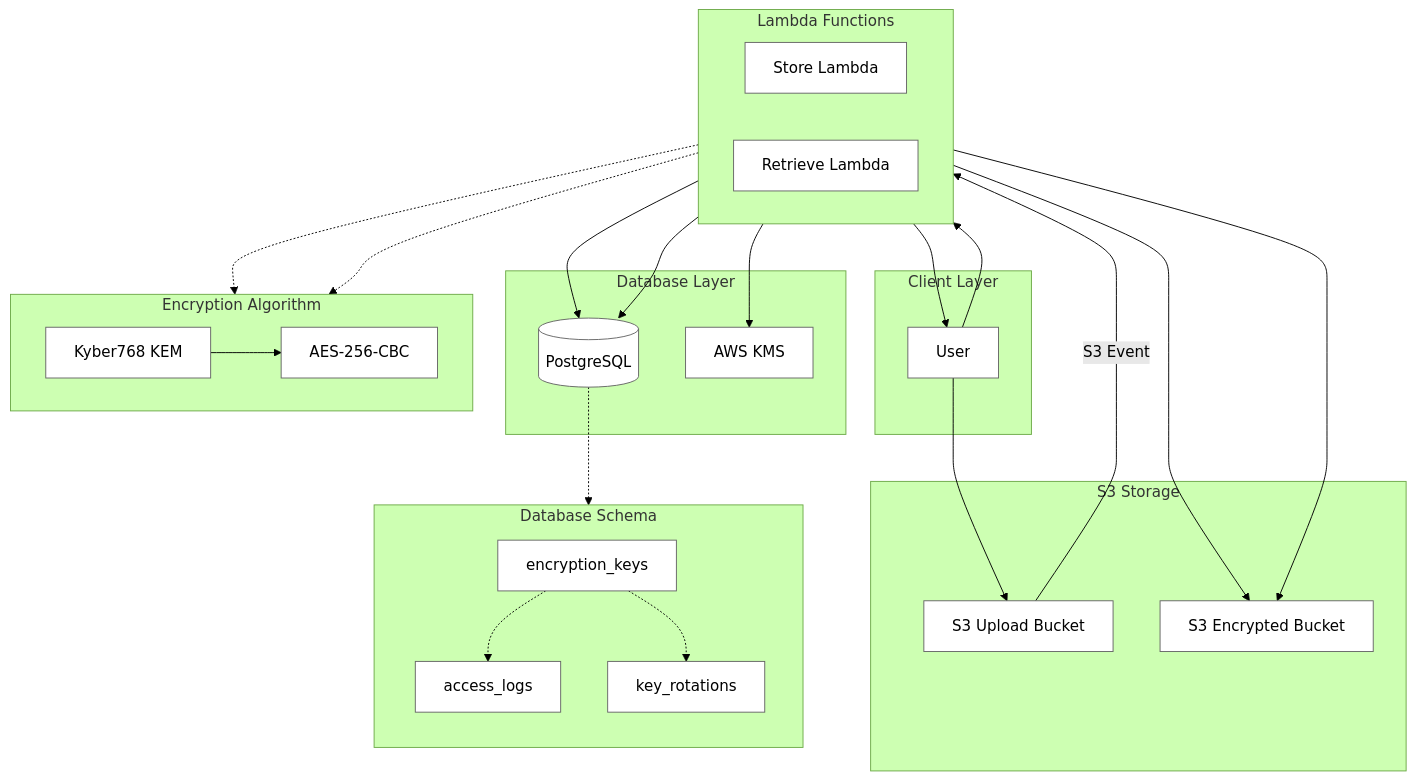
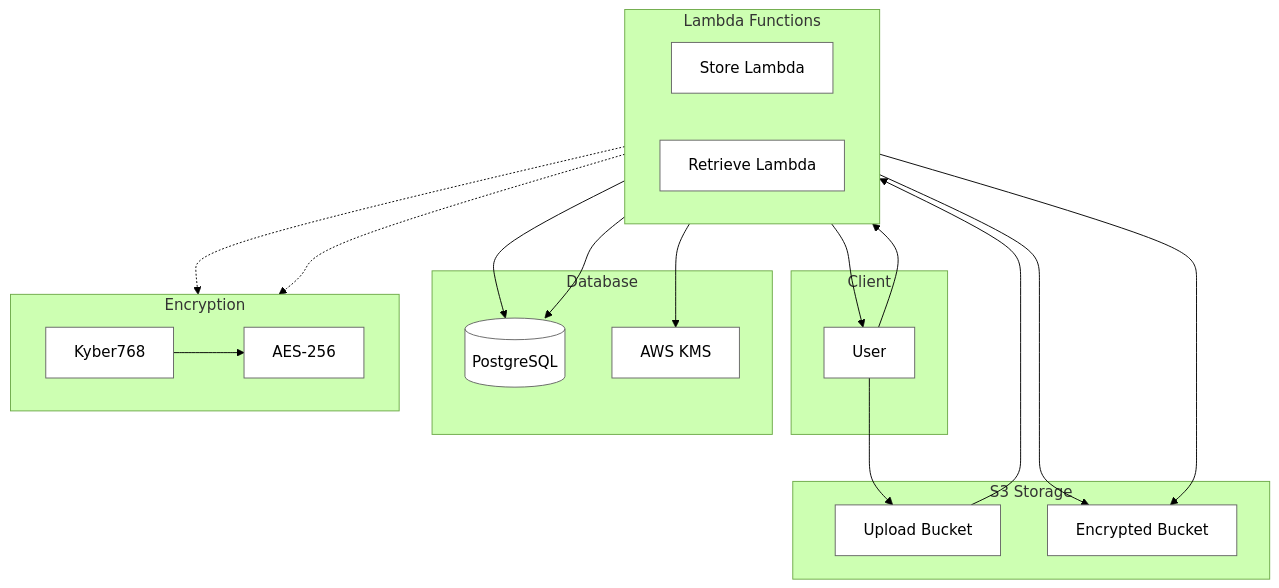
The diagram in README.md (m1rl0k/pqfile), drawn with Mermaid (forest theme) before and after one commit.

````diff
--- a/README.md
+++ b/README.md
@@ -17,67 +17,37 @@
 ```mermaid
 flowchart TB
-    subgraph Client["Client Layer"]
-        User[User]
-    end
-
-    subgraph Storage["S3 Storage"]
-        S3Upload[S3 Upload Bucket]
-        S3Encrypted[S3 Encrypted Bucket]
-    end
-
-    subgraph Processing["Lambda Functions"]
-        direction LR
-        StoreLambda[Store Lambda]
-        RetrieveLambda[Retrieve Lambda]
-    end
-
-    subgraph Database["Database Layer"]
-        PostgreSQL[(PostgreSQL)]
-        KMS[AWS KMS]
-    end
-
-    subgraph Algorithm["Encryption Algorithm"]
-        direction LR
-        Kyber[Kyber768 KEM]
-        AES[AES-256-CBC]
-    end
-
-    subgraph Schema["Database Schema"]
-        direction TB
-        EncKeys[encryption_keys]
-        AccessLogs[access_logs]
-        KeyRotations[key_rotations]
-    end
-
-    User-->S3Upload
-    User-->RetrieveLambda
-    S3Upload-->|S3 Event|StoreLambda
-    StoreLambda-->PostgreSQL
-    StoreLambda-->KMS
-    StoreLambda-->S3Encrypted
-    RetrieveLambda-->PostgreSQL
-    RetrieveLambda-->S3Encrypted
-    RetrieveLambda-->User
-
-    StoreLambda-.->Algorithm
-    RetrieveLambda-.->Algorithm
-    Kyber-->AES
-
-    PostgreSQL-.->Schema
-    EncKeys-.->AccessLogs
-    EncKeys-.->KeyRotations
-
-    classDef client fill:#fff,stroke:#666,stroke-width:1px
-    classDef storage fill:#fff,stroke:#666,stroke-width:1px
-    classDef processing fill:#fff,stroke:#666,stroke-width:1px
-    classDef database fill:#fff,stroke:#666,stroke-width:1px
-    classDef algorithm fill:#fff,stroke:#666,stroke-width:1px
-    classDef schema fill:#fff,stroke:#666,stroke-width:1px
-
-    class User client
-    class S3Upload,S3Encrypted storage
-    class StoreLambda,RetrieveLambda processing
-    class PostgreSQL,KMS database
-    class Kyber,AES algorithm
-    class EncKeys,AccessLogs,KeyRotations schema
+subgraph Client["Client"]
+User[User]
+end
+subgraph Storage["S3 Storage"]
+Upload[Upload Bucket]
+Encrypted[Encrypted Bucket]
+end
+subgraph Lambda["Lambda Functions"]
+direction LR
+Store[Store Lambda]
+Retrieve[Retrieve Lambda]
+end
+subgraph Database["Database"]
+DB[(PostgreSQL)]
+KMS[AWS KMS]
+end
+subgraph Crypto["Encryption"]
+direction LR
+Kyber[Kyber768]
+AES[AES-256]
+end
+User-->Upload
+User-->Retrieve
+Upload-->Store
+Store-->DB
+Store-->KMS
+Store-->Encrypted
+Retrieve-->DB
+Retrieve-->Encrypted
+Retrieve-->User
+Store-.->Crypto
+Retrieve-.->Crypto
+Kyber-->AES
+classDef default fill:#fff,stroke:#666,stroke-width:1px
 ```
````
